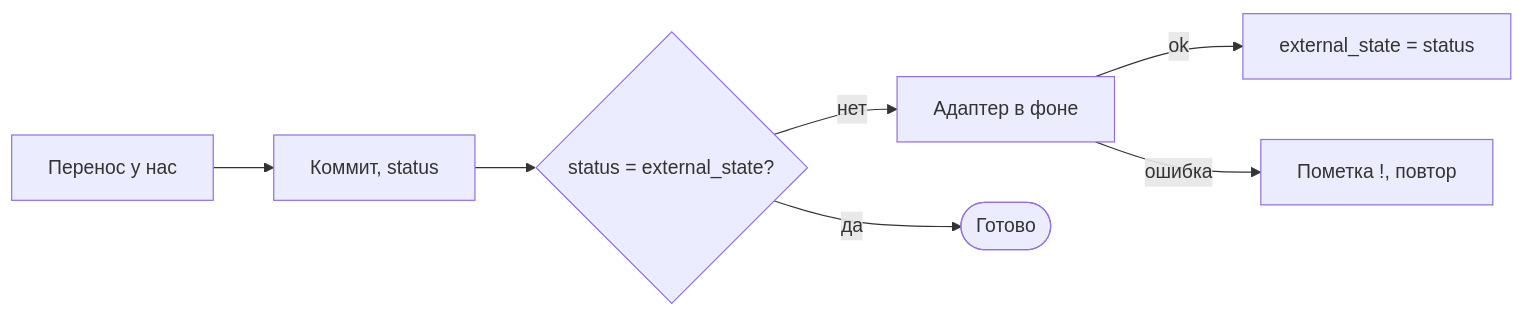
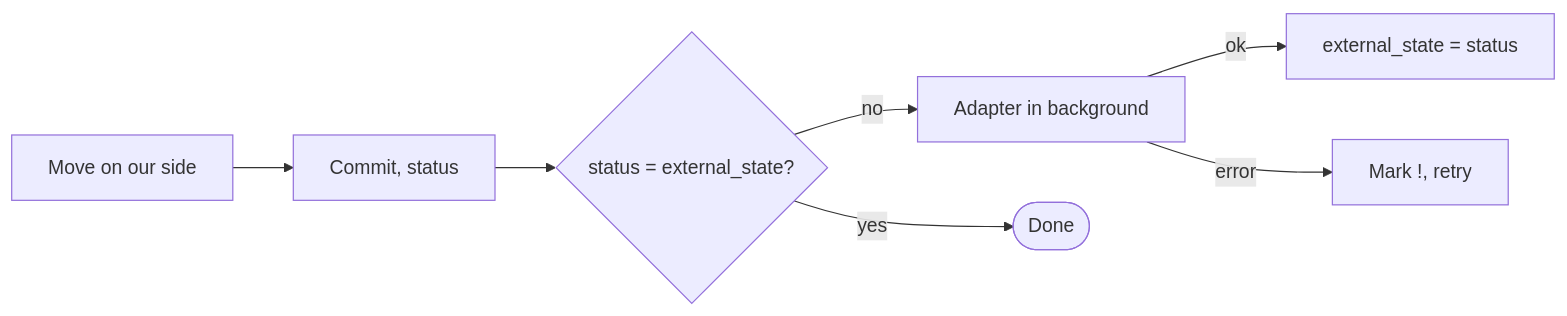
The diagram in docs/specs/integrations.md (daniil4545/tix), drawn with Mermaid before and after one commit. The commit also changed other lines of this file and 12 other files, not shown here.

First line of the commit message:
docs: translate spec, decisions, architecture and project docs to English

````diff
--- a/docs/specs/integrations.md
+++ b/docs/specs/integrations.md
@@ -15,9 +15,9 @@
 ```mermaid
 flowchart LR
-  mv["Перенос у нас"] --> c["Коммит, status"]
+  mv["Move on our side"] --> c["Commit, status"]
   c --> q{"status = external_state?"}
-  q -->|"нет"| a["Адаптер в фоне"]
+  q -->|"no"| a["Adapter in background"]
   a -->|"ok"| s["external_state = status"]
-  a -->|"ошибка"| e["Пометка !, повтор"]
-  q -->|"да"| z(["Готово"])
+  a -->|"error"| e["Mark !, retry"]
+  q -->|"yes"| z(["Done"])
 ```
````
